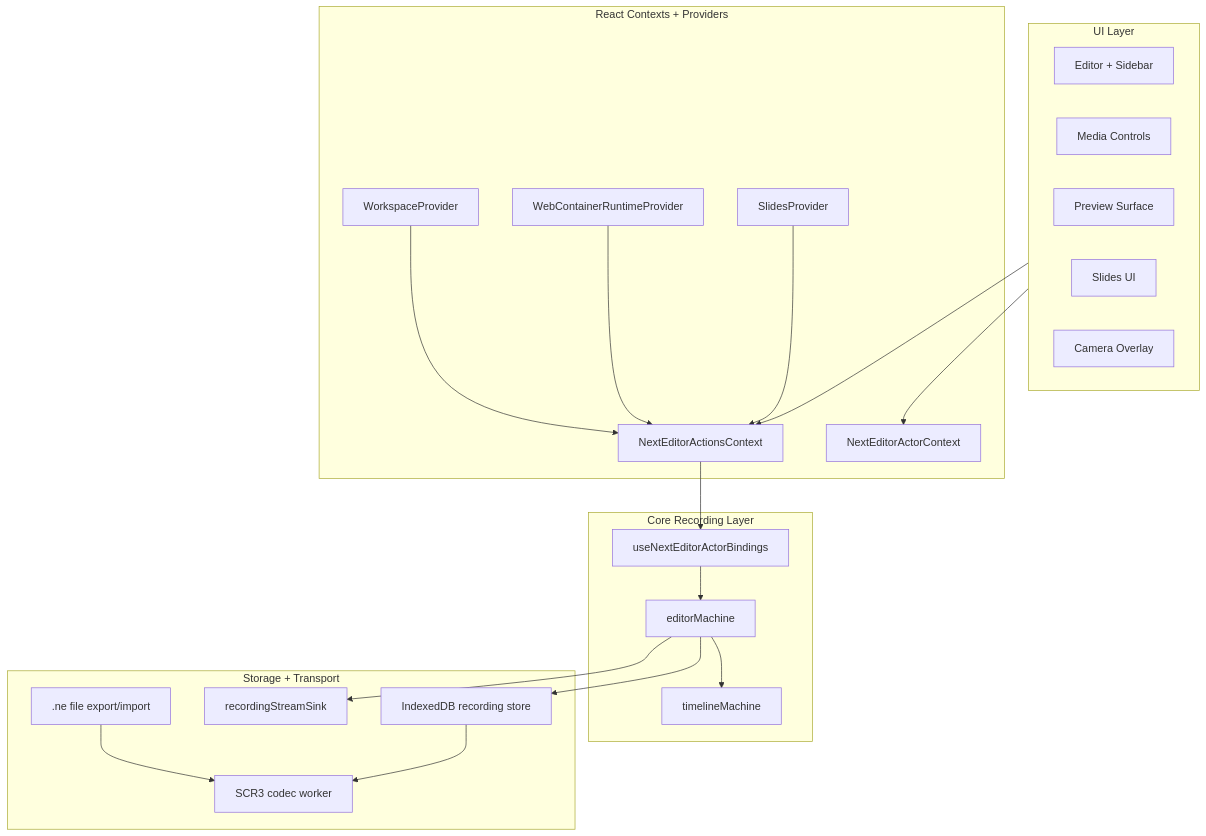
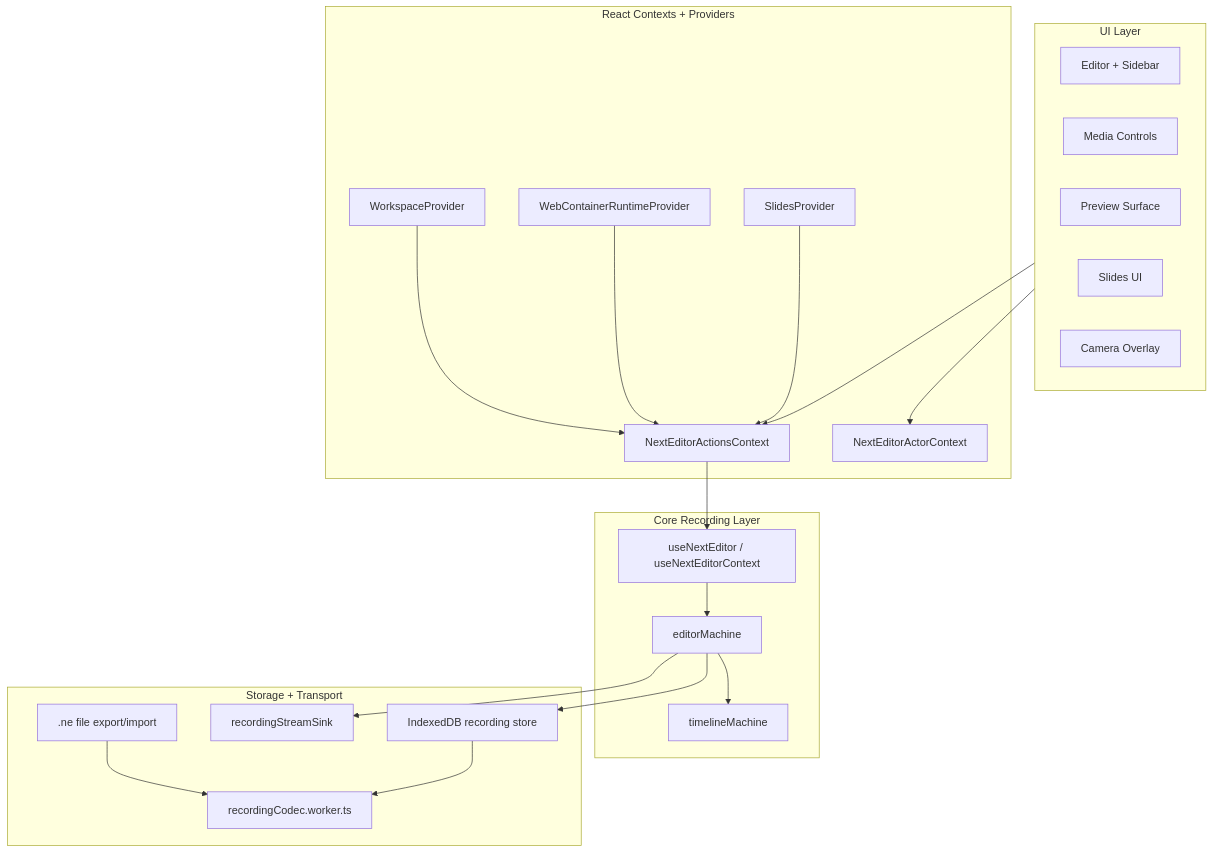
The first of 6 diagrams in docs/data-flow.md (channyeintun/next-editor), drawn with Mermaid before and after one commit. The commit also changed other lines of this file and 3 other files, not shown here.

````diff
--- a/docs/data-flow.md
+++ b/docs/data-flow.md
@@ -7,44 +7,44 @@
 ```mermaid
 flowchart TB
     subgraph UI["UI Layer"]
         Editor[Editor + Sidebar]
         Controls[Media Controls]
         Preview[Preview Surface]
         Slides[Slides UI]
         Camera[Camera Overlay]
     end
 
     subgraph Contexts["React Contexts + Providers"]
         Actions[NextEditorActionsContext]
         Actor[NextEditorActorContext]
         Workspace[WorkspaceProvider]
         Runtime[WebContainerRuntimeProvider]
         SlidesCtx[SlidesProvider]
     end
 
     subgraph Core["Core Recording Layer"]
-        Hook[useNextEditorActorBindings]
+        Hook[useNextEditor / useNextEditorContext]
         Machine[editorMachine]
         Timeline[timelineMachine]
     end
 
     subgraph Persistence["Storage + Transport"]
         IndexedDB[IndexedDB recording store]
-        Codec[SCR3 codec worker]
+        Codec[recordingCodec.worker.ts]
         Stream[recordingStreamSink]
         Export[.ne file export/import]
     end
 
     UI --> Actions
     UI --> Actor
     Workspace --> Actions
     Runtime --> Actions
     SlidesCtx --> Actions
     Actions --> Hook
     Hook --> Machine
     Machine --> Timeline
     Machine --> IndexedDB
     Machine --> Stream
     Export --> Codec
     IndexedDB --> Codec
 ```
````
